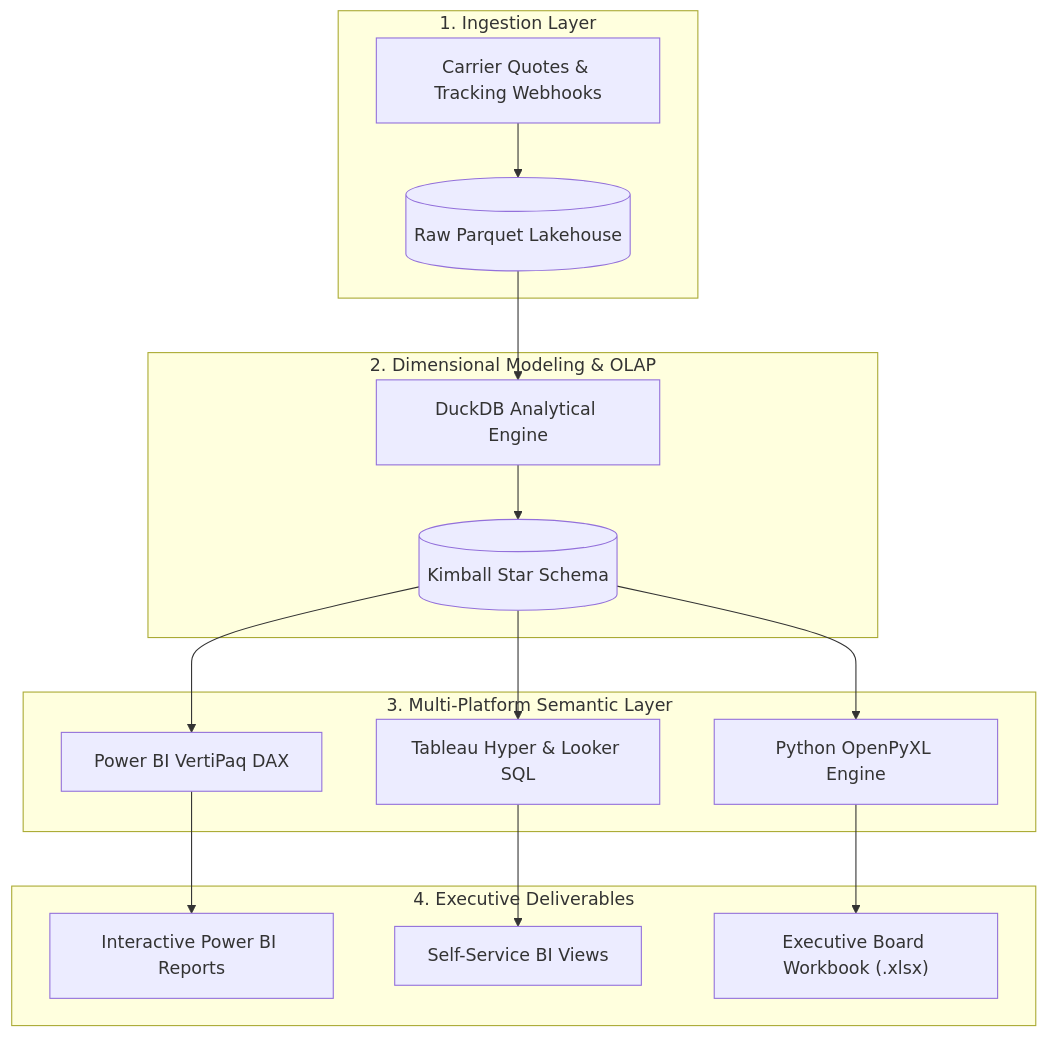
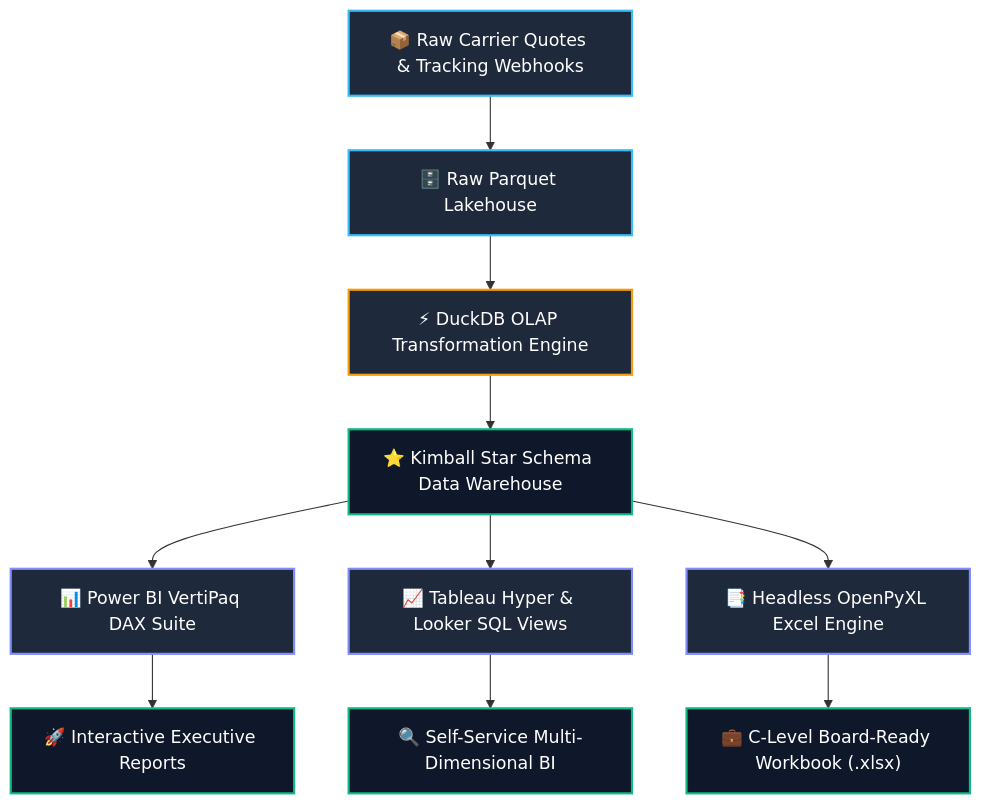
The first of 2 diagrams in README.md (Maxrodri0311/Logistics-and-Shipping-Executive-Analytics-Hub), drawn with Mermaid before and after one commit. The commit also changed other lines of this file, not shown here.

Commit message:
apply high-contrast dark theme styles to mermaid architecture and topology

````diff
--- a/README.md
+++ b/README.md
@@ -19,23 +19,25 @@
 ```mermaid
 flowchart TD
-    subgraph S1 ["1. Ingestion Layer"]
-        A["Carrier Quotes & Tracking Webhooks"] --> B[("Raw Parquet Lakehouse")]
-    end
+    A["📦 Raw Carrier Quotes & Tracking Webhooks"] --> B["🗄️ Raw Parquet Lakehouse"]
+    B --> C["⚡ DuckDB OLAP Transformation Engine"]
+    C --> D["⭐ Kimball Star Schema Data Warehouse"]
+    
+    D --> E["📊 Power BI VertiPaq DAX Suite"]
+    D --> F["📈 Tableau Hyper & Looker SQL Views"]
+    D --> G["📑 Headless OpenPyXL Excel Engine"]
+    
+    E --> H["🚀 Interactive Executive Reports"]
+    F --> I["🔍 Self-Service Multi-Dimensional BI"]
+    G --> J["💼 C-Level Board-Ready Workbook (.xlsx)"]
 
-    subgraph S2 ["2. Dimensional Modeling & OLAP"]
-        B --> C["DuckDB Analytical Engine"]
-        C --> D[("Kimball Star Schema")]
-    end
-
-    subgraph S3 ["3. Multi-Platform Semantic Layer"]
-        D --> E["Power BI VertiPaq DAX"]
-        D --> F["Tableau Hyper & Looker SQL"]
-        D --> G["Python OpenPyXL Engine"]
-    end
-
-    subgraph S4 ["4. Executive Deliverables"]
-        E --> H["Interactive Power BI Reports"]
-        F --> I["Self-Service BI Views"]
-        G --> J["Executive Board Workbook (.xlsx)"]
-    end
+    style A fill:#1E293B,stroke:#38BDF8,stroke-width:2px,color:#FFFFFF
+    style B fill:#1E293B,stroke:#38BDF8,stroke-width:2px,color:#FFFFFF
+    style C fill:#1E293B,stroke:#F59E0B,stroke-width:2px,color:#FFFFFF
+    style D fill:#0F172A,stroke:#10B981,stroke-width:2px,color:#FFFFFF
+    style E fill:#1E293B,stroke:#818CF8,stroke-width:2px,color:#FFFFFF
+    style F fill:#1E293B,stroke:#818CF8,stroke-width:2px,color:#FFFFFF
+    style G fill:#1E293B,stroke:#818CF8,stroke-width:2px,color:#FFFFFF
+    style H fill:#0F172A,stroke:#10B981,stroke-width:2px,color:#FFFFFF
+    style I fill:#0F172A,stroke:#10B981,stroke-width:2px,color:#FFFFFF
+    style J fill:#0F172A,stroke:#10B981,stroke-width:2px,color:#FFFFFF
 ```
````
